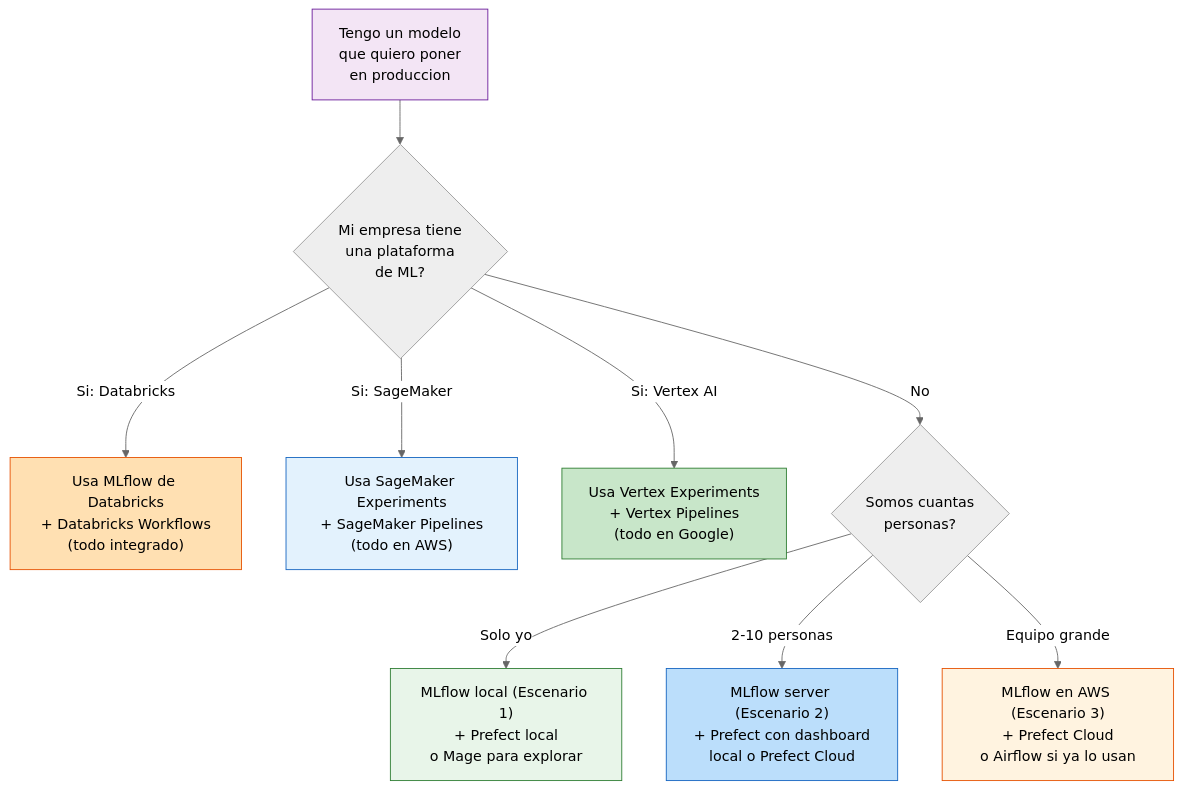
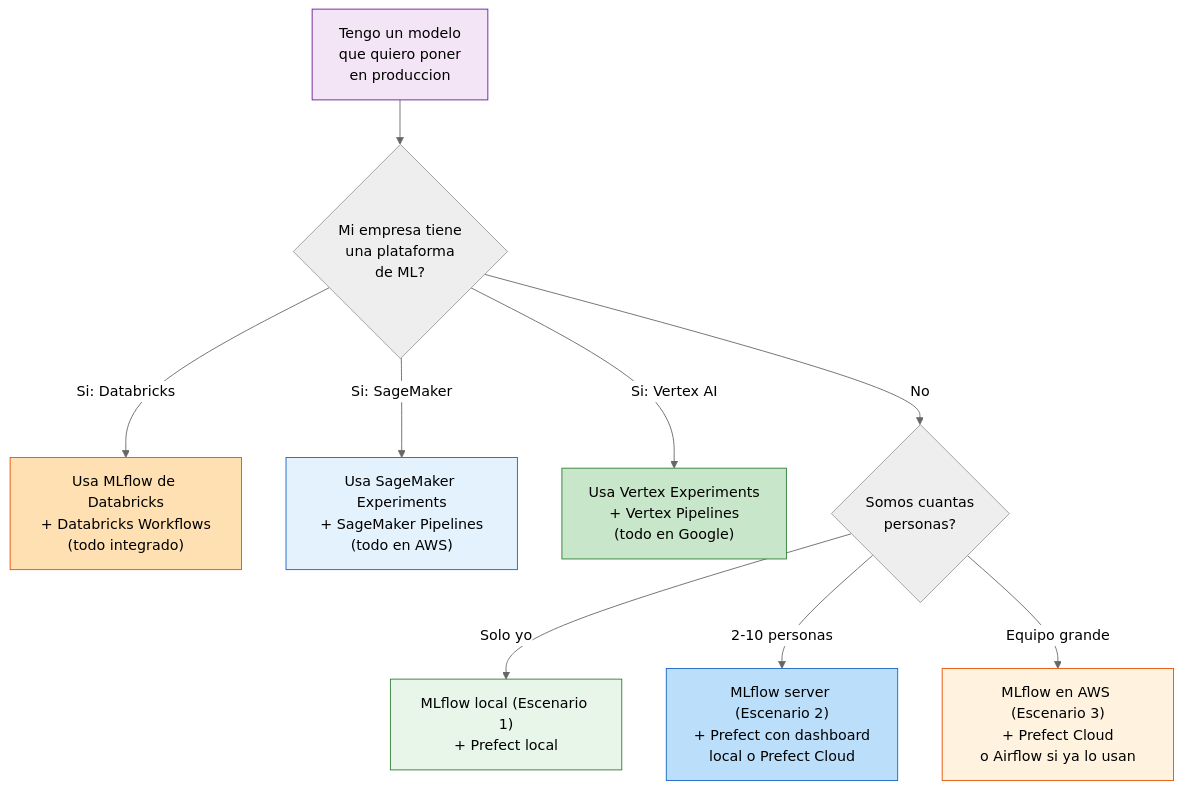
Diagram 14 of 14 in docs/cierre-del-curso.md (dpalacioj/MLOps-Course), drawn with Mermaid (neutral theme) before and after one commit. The commit also changed other lines of this file and 13 other files, not shown here.

````diff
--- a/docs/cierre-del-curso.md
+++ b/docs/cierre-del-curso.md
@@ -867,25 +871,25 @@
 ```mermaid
 flowchart TD
     START["Tengo un modelo\nque quiero poner\nen produccion"] --> Q1
 
     Q1{"Mi empresa tiene\nuna plataforma\nde ML?"}
 
     Q1 -- "Si: Databricks" --> DB["Usa MLflow de Databricks\n+ Databricks Workflows\n(todo integrado)"]
     Q1 -- "Si: SageMaker" --> SM["Usa SageMaker Experiments\n+ SageMaker Pipelines\n(todo en AWS)"]
     Q1 -- "Si: Vertex AI" --> GC["Usa Vertex Experiments\n+ Vertex Pipelines\n(todo en Google)"]
     Q1 -- "No" --> Q2
 
     Q2{"Somos cuantas\npersonas?"}
 
-    Q2 -- "Solo yo" --> SOLO["MLflow local (Escenario 1)\n+ Prefect local\no Mage para explorar"]
+    Q2 -- "Solo yo" --> SOLO["MLflow local (Escenario 1)\n+ Prefect local"]
     Q2 -- "2-10 personas" --> EQUIPO["MLflow server (Escenario 2)\n+ Prefect con dashboard\nlocal o Prefect Cloud"]
     Q2 -- "Equipo grande" --> GRANDE["MLflow en AWS (Escenario 3)\n+ Prefect Cloud\no Airflow si ya lo usan"]
 
     style START fill:#F3E5F5,stroke:#6A1B9A
     style DB fill:#FFE0B2,stroke:#E65100
     style SM fill:#E3F2FD,stroke:#1565C0
     style GC fill:#C8E6C9,stroke:#2E7D32
     style SOLO fill:#E8F5E9,stroke:#2E7D32
     style EQUIPO fill:#BBDEFB,stroke:#1565C0
     style GRANDE fill:#FFF3E0,stroke:#E65100
 ```
````
